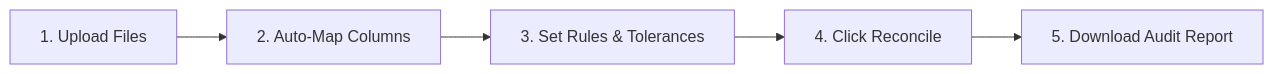
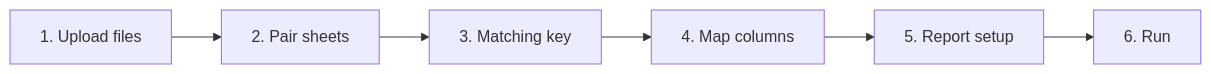
The third of 3 diagrams in docs/NON_TECHNICAL_GUIDE.md (jagdevs646/RecliQ), drawn with Mermaid before and after one commit. The commit also changed other lines of this file and 7 other files, not shown here.

````diff
--- a/docs/NON_TECHNICAL_GUIDE.md
+++ b/docs/NON_TECHNICAL_GUIDE.md
@@ -123,7 +96,8 @@
 ```mermaid
 flowchart LR
-    A["1. Upload Files"] --> B["2. Auto-Map Columns"]
-    B --> C["3. Set Rules & Tolerances"]
-    C --> D["4. Click Reconcile"]
-    D --> E["5. Download Audit Report"]
+    A["1. Upload files"] --> B["2. Pair sheets"]
+    B --> C["3. Matching key"]
+    C --> D["4. Map columns"]
+    D --> E["5. Report setup"]
+    E --> F["6. Run"]
 ```
````
